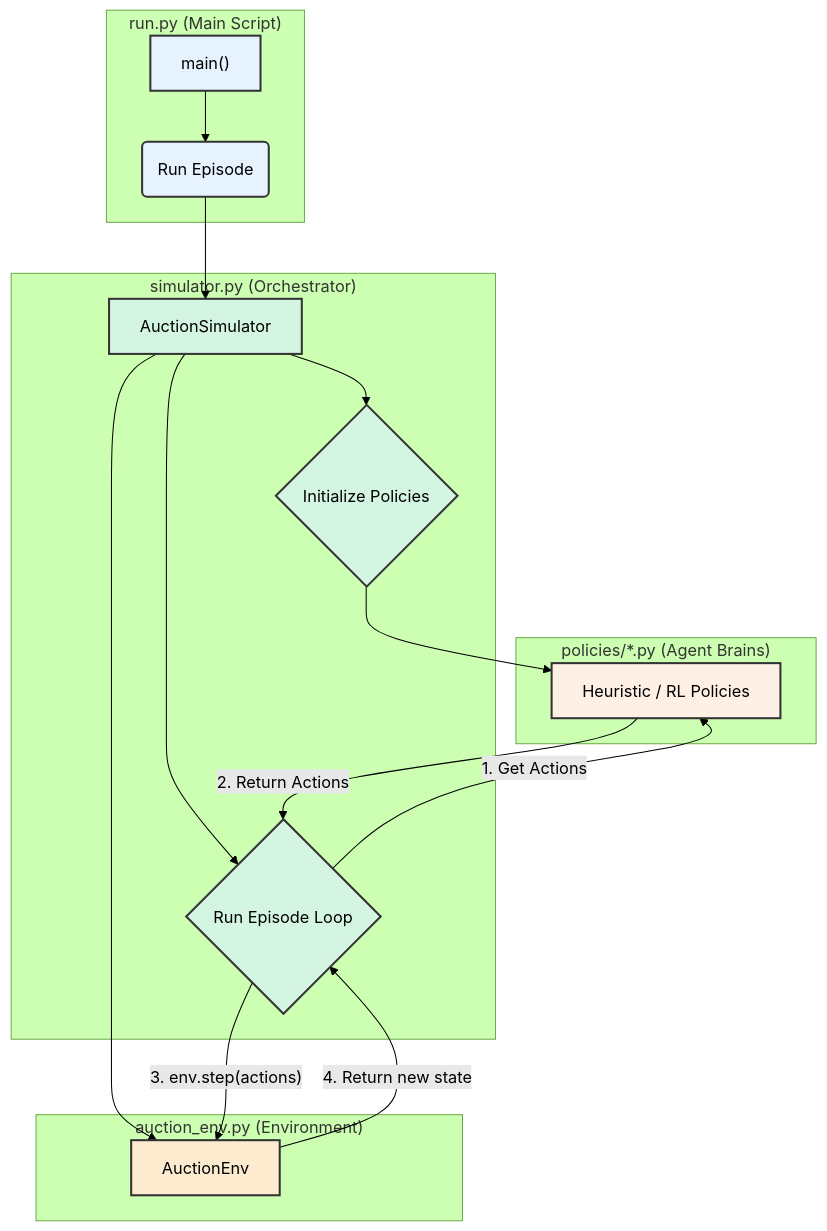
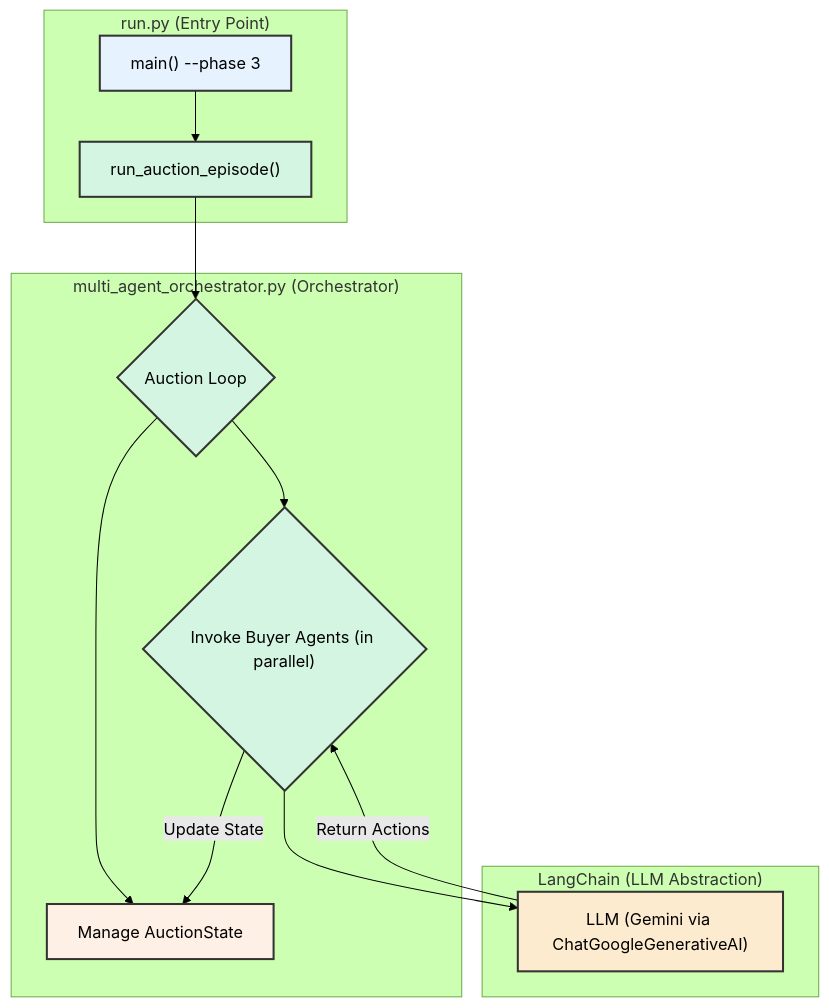
Before and after one commit to gcgarychen25/auction_simulator: the second of 2 diagrams in progress_report.md, drawn with Mermaid (forest theme). The commit also changed other lines of this file and 23 other files, not shown here.

Commit message:
phase 3 complete - basic llm integration

````diff
--- a/progress_report.md
+++ b/progress_report.md
@@ -25,33 +165,26 @@
 ```mermaid
 graph TD;
-    subgraph "run.py (Main Script)"
-        A["main()"] --> B("Run Episode");
+    subgraph "run.py (Entry Point)"
+        A["main() --phase 3"] --> B["run_auction_episode()"];
     end
 
-    subgraph "simulator.py (Orchestrator)"
-        B --> C["AuctionSimulator"];
-        C --> D{"Initialize Policies"};
-        C --> E{"Run Episode Loop"};
+    subgraph "multi_agent_orchestrator.py (Orchestrator)"
+        B --> C{"Auction Loop"};
+        C --> D["Manage AuctionState"];
+        C --> E{"Invoke Buyer Agents (in parallel)"};
     end
     
-    subgraph "policies/*.py (Agent Brains)"
-        D --> P["Heuristic / RL Policies"];
+    subgraph "LangChain (LLM Abstraction)"
+        E --> F["LLM (Gemini via ChatGoogleGenerativeAI)"];
     end
 
-    subgraph "auction_env.py (Environment)"
-        C --> F["AuctionEnv"];
-    end
-
-    E -- "1. Get Actions" --> P;
-    P -- "2. Return Actions" --> E;
-    E -- "3. env.step(actions)" --> F;
-    F -- "4. Return new state" --> E;
+    F -- "Return Actions" --> E;
+    E -- "Update State" --> D;
 
     style A fill:#e6f3ff,stroke:#333,stroke-width:2px
-    style B fill:#e6f3ff,stroke:#333,stroke-width:2px
+    style B fill:#d5f5e3,stroke:#333,stroke-width:2px
     style C fill:#d5f5e3,stroke:#333,stroke-width:2px
-    style D fill:#d5f5e3,stroke:#333,stroke-width:2px
+    style D fill:#fff0e6,stroke:#333,stroke-width:2px
     style E fill:#d5f5e3,stroke:#333,stroke-width:2px
-    style P fill:#fff0e6,stroke:#333,stroke-width:2px
     style F fill:#fdebd0,stroke:#333,stroke-width:2px
 ```
````
